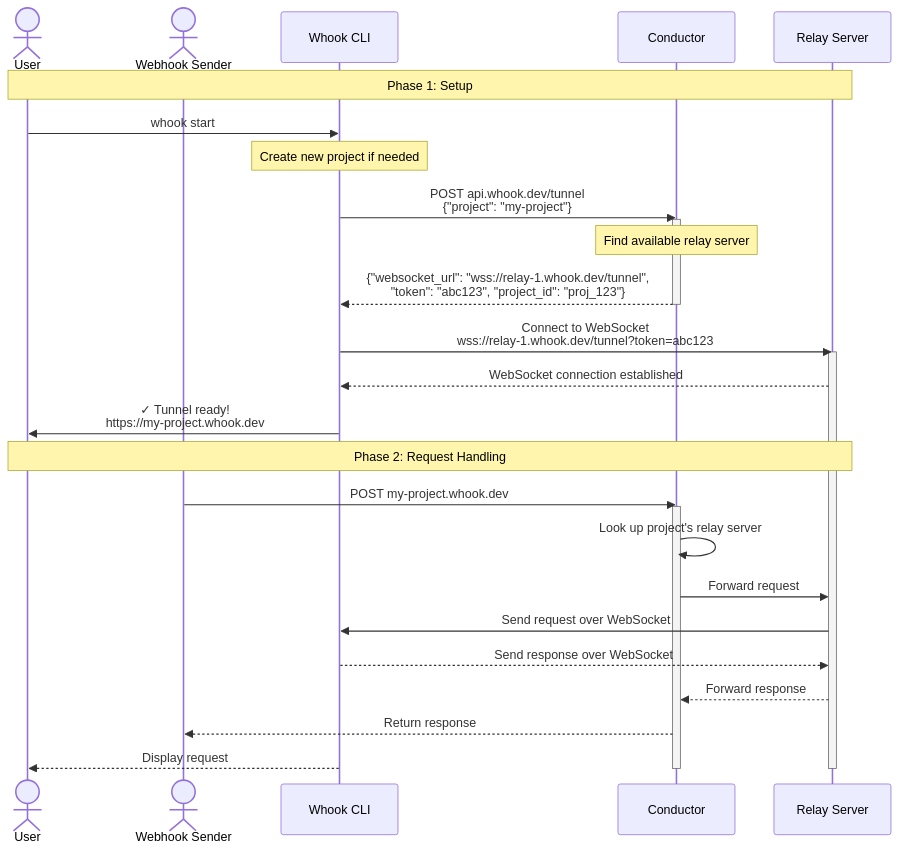
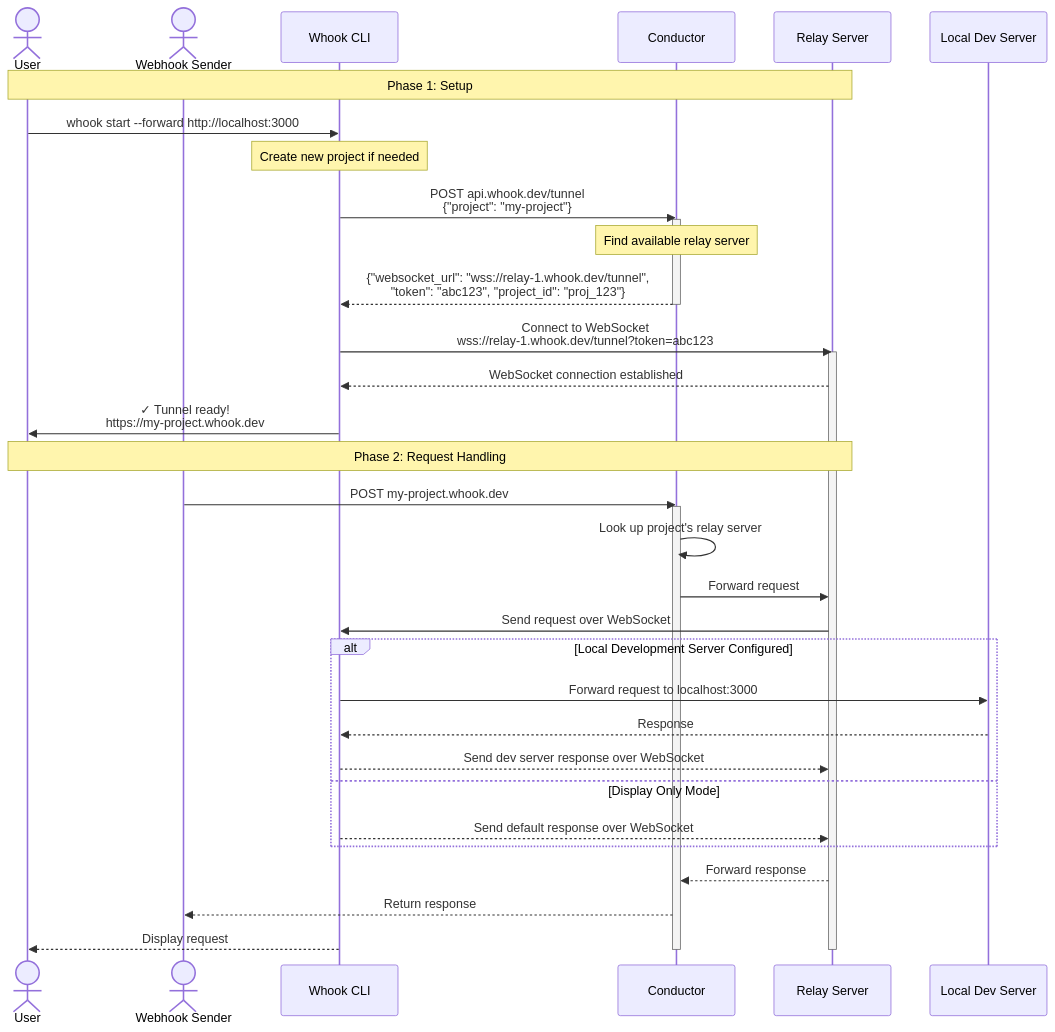
The diagram in flow.mermaid (whookdev/docs), drawn with Mermaid before and after one commit.

Commit message:
feat: update flow with optional forwarding

```diff
--- a/flow.mermaid
+++ b/flow.mermaid
@@ -1,39 +1,42 @@
 sequenceDiagram
     actor U as User
     actor C as Webhook Sender
     participant CLI as Whook CLI
     participant Con as Conductor
     participant R as Relay Server
+    participant Dev as Local Dev Server
 
     Note over U,R: Phase 1: Setup
-
-    U->>CLI: whook start
+    U->>CLI: whook start --forward http://localhost:3000
     Note over CLI: Create new project if needed
-
-
     CLI->>Con: POST api.whook.dev/tunnel<br/>{"project": "my-project"}
     activate Con
     Note over Con: Find available relay server
     Con-->>CLI: {"websocket_url": "wss://relay-1.whook.dev/tunnel",<br/>"token": "abc123", "project_id": "proj_123"}
     deactivate Con
-
     CLI->>R: Connect to WebSocket<br/>wss://relay-1.whook.dev/tunnel?token=abc123
     activate R
     R-->>CLI: WebSocket connection established
-
     CLI->>U: ✓ Tunnel ready!<br/>https://my-project.whook.dev
 
     Note over U,R: Phase 2: Request Handling
-
     C->>Con: POST my-project.whook.dev
     activate Con
     Con->>Con: Look up project's relay server
     Con->>R: Forward request
     R->>CLI: Send request over WebSocket
+    
+    alt Local Development Server Configured
+        CLI->>Dev: Forward request to localhost:3000
+        Dev-->>CLI: Response
+        CLI-->>R: Send dev server response over WebSocket
+    else Display Only Mode
+        CLI-->>R: Send default response over WebSocket
+    end
 
-    CLI-->>R: Send response over WebSocket
     R-->>Con: Forward response
     Con-->>C: Return response
     CLI-->>U: Display request
+
     deactivate Con
     deactivate R
```
